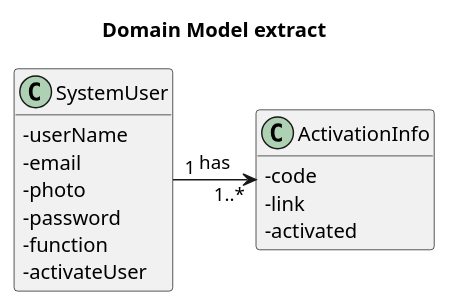
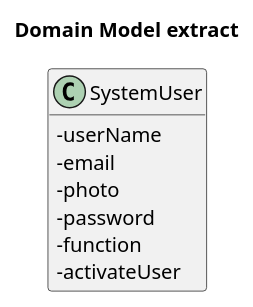
The diagram in docs/Sprint3/US025/US025-CD-relevant.puml (nunogon1211787/projectManagement), drawn with PlantUML before and after one commit. The commit also changed 1 other file, not shown here.

```diff
--- a/docs/Sprint3/US025/US025-CD-relevant.puml
+++ b/docs/Sprint3/US025/US025-CD-relevant.puml
@@ -1,24 +1,18 @@
 @startuml
 'https://plantuml.com/class-diagramhide circle
 skinparam classAttributeIconSize 0
 hide methods
 
 title Domain Model extract
 
 class SystemUser{
 - userName
 - email
 - photo
 - password
 - function
 - activateUser
 }
-class ActivationInfo{
-- code
-- link
-- activated
-}
 
-SystemUser "1" -right-> "1..*" ActivationInfo: has
 
 @enduml
```
